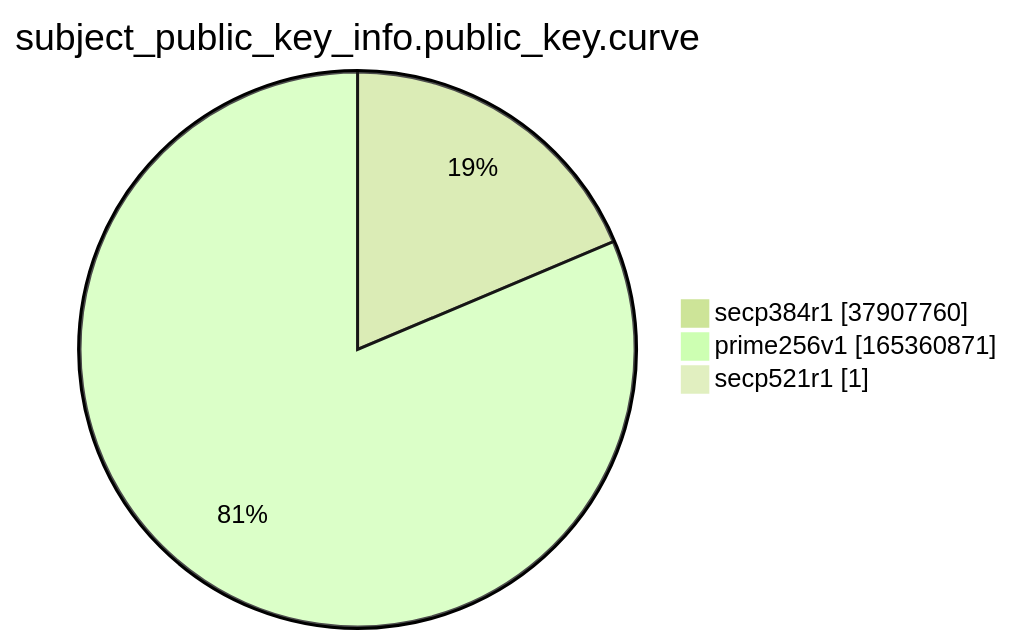
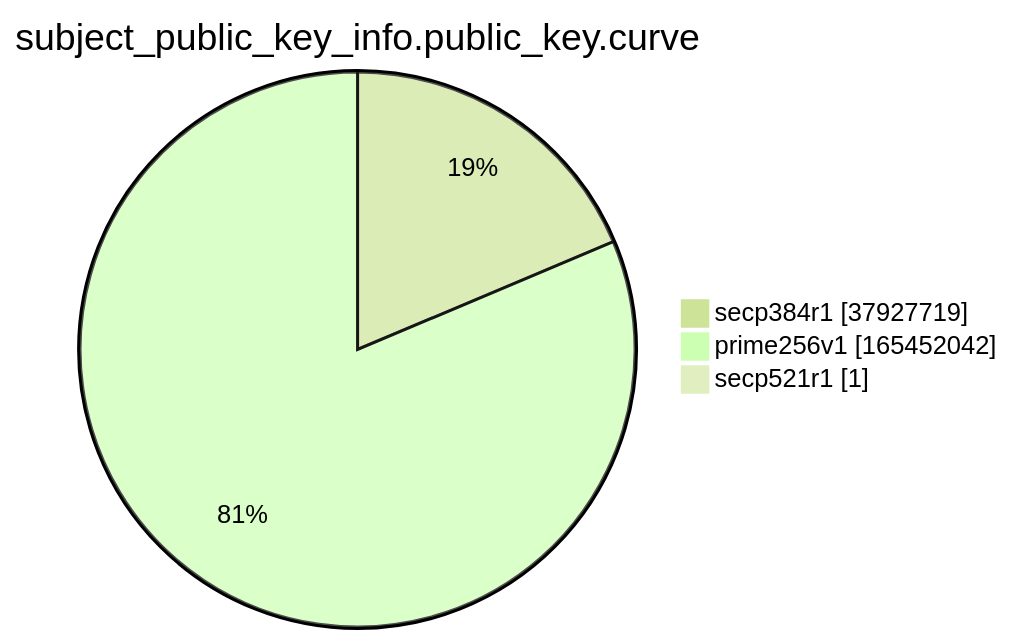
The ninth of 15 diagrams in argon2022/README.md (christiankrug/ctmonitor_visualization), drawn with Mermaid (forest theme) before and after one commit. The commit also changed other lines of this file, not shown here.

````diff
--- a/argon2022/README.md
+++ b/argon2022/README.md
@@ -2766,7 +2766,7 @@
 ```mermaid
 pie showData
 title subject_public_key_info.public_key.curve
-"secp384r1" :37907760
-"prime256v1" :165360871
+"secp384r1" :37927719
+"prime256v1" :165452042
 "secp521r1" :1
 ```
````
